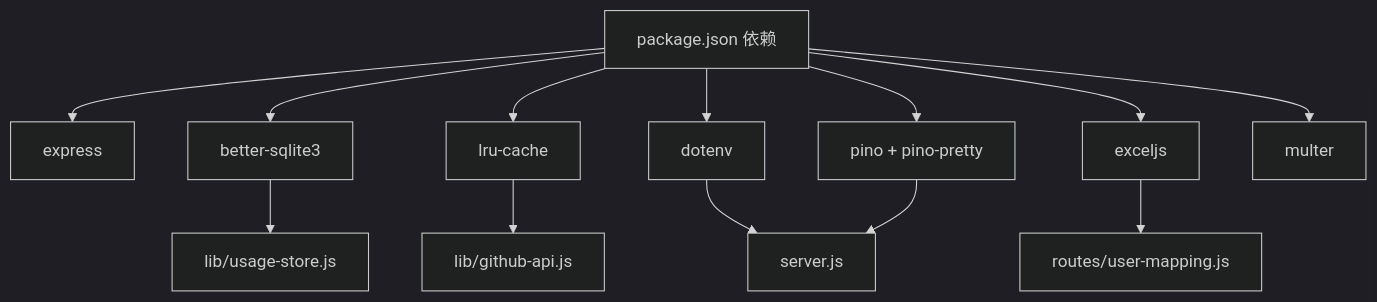
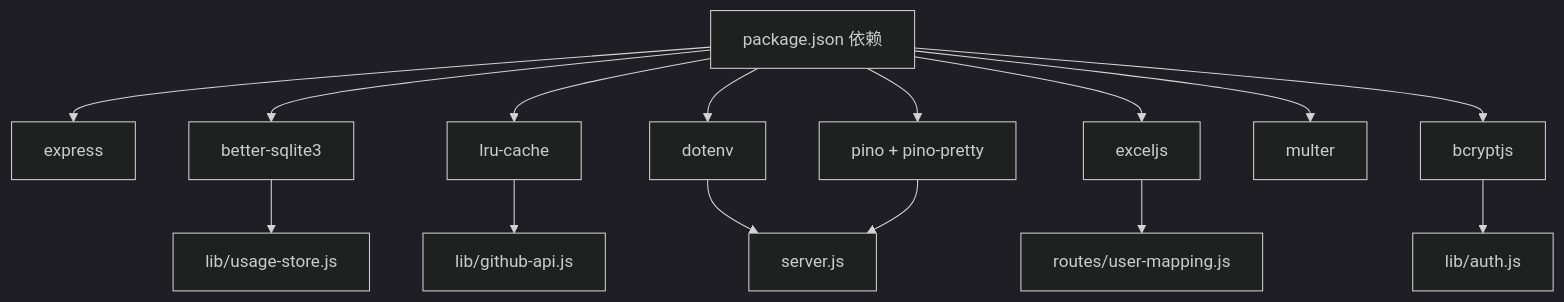
The fifth of 5 diagrams in .qoder/repowiki/zh/content/配置与定制/配置与定制.md (kissingwolf/CopilotEnterpriseUsageDisplay), drawn with Mermaid (dark theme) before and after one commit. The commit also changed other lines of this file and 9 other files, not shown here.

````diff
--- a/.qoder/repowiki/zh/content/配置与定制/配置与定制.md
+++ b/.qoder/repowiki/zh/content/配置与定制/配置与定制.md
@@ -345,15 +395,17 @@
 ```mermaid
 graph TB
 P["package.json 依赖"] --> E["express"]
 P --> S["better-sqlite3"]
 P --> L["lru-cache"]
 P --> D["dotenv"]
 P --> X["exceljs"]
 P --> O["pino + pino-pretty"]
 P --> M["multer"]
+P --> B["bcryptjs"]
 S --> U["lib/usage-store.js"]
 L --> G["lib/github-api.js"]
 D --> Srv["server.js"]
 X --> RUM["routes/user-mapping.js"]
 O --> Srv
+B --> AUTH["lib/auth.js"]
 ```
````
